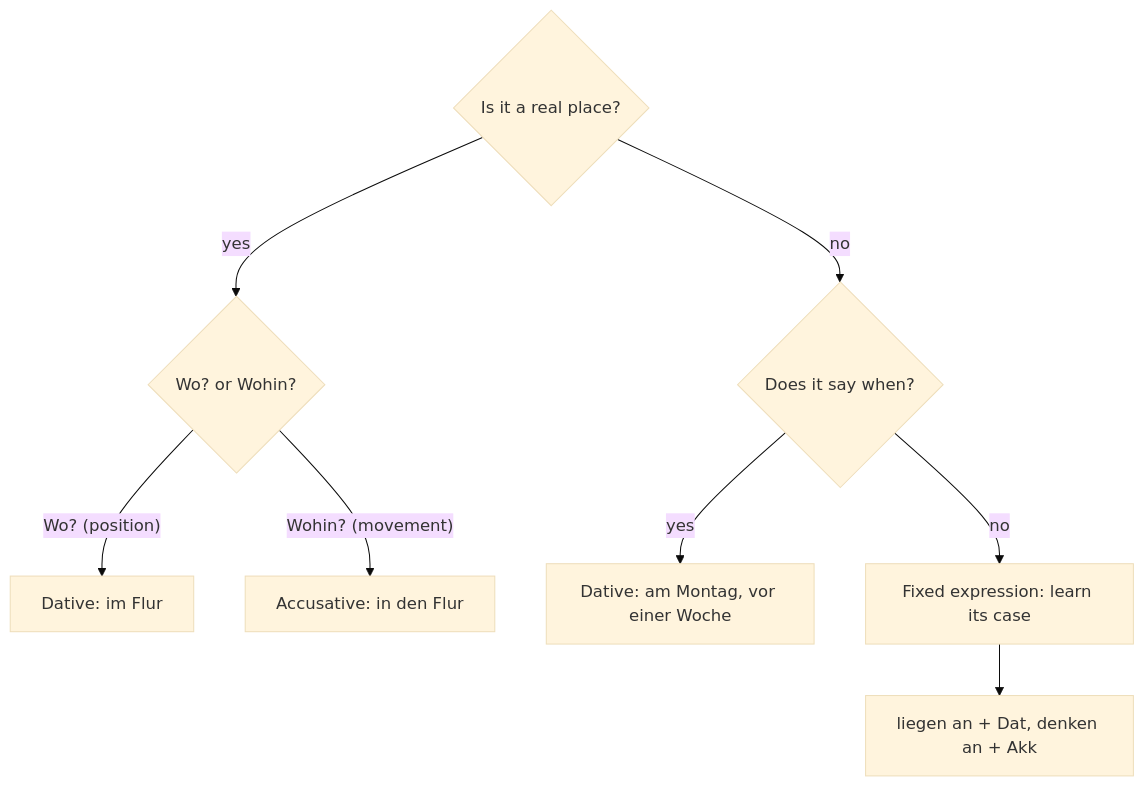
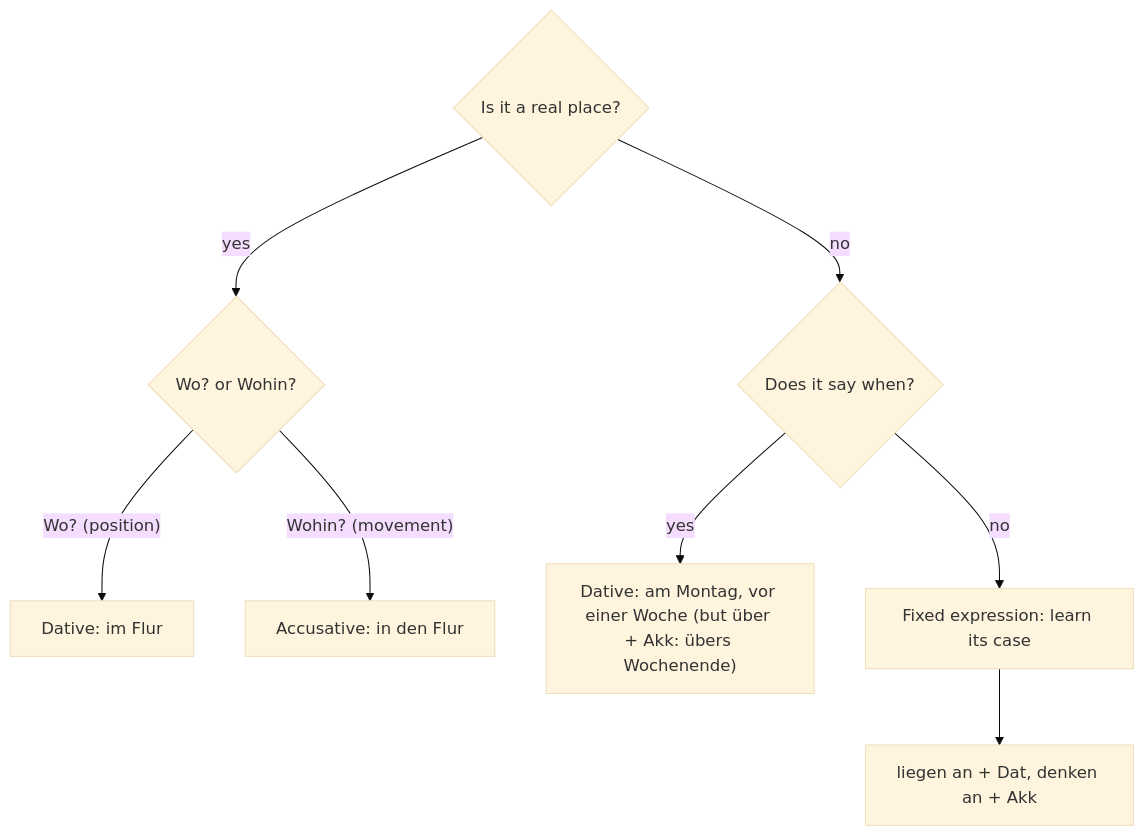
Before and after one commit to Aziliz/erudior: the diagram in content/languages/german-a2/lessons/16h1-figurative-places.md, drawn with Mermaid (base theme). The commit also changed other lines of this file and 33 other files, not shown here.

````diff
--- a/content/languages/german-a2/lessons/16h1-figurative-places.md
+++ b/content/languages/german-a2/lessons/16h1-figurative-places.md
@@ -27,12 +27,12 @@
 ```mermaid
 flowchart TD
   accTitle: Choosing the case after a two-way preposition
-  accDescr: First ask whether the preposition names a real place. If it does, ask Wo or Wohin: a position takes the dative and movement to a new place takes the accusative. If it does not name a place, ask whether it says when something happens: time expressions such as am Montag, im Juli and vor einer Woche take the dative. Otherwise it is a fixed expression, and you learn its case with it, for example liegen an plus dative or denken an plus accusative.
+  accDescr: First ask whether the preposition names a real place. If it does, ask Wo or Wohin: a position takes the dative and movement to a new place takes the accusative. If it does not name a place, ask whether it says when something happens: time expressions such as am Montag, im Juli and vor einer Woche take the dative, except über for a stretch of time, which takes the accusative, as in übers Wochenende. Otherwise it is a fixed expression, and you learn its case with it, for example liegen an plus dative or denken an plus accusative.
   A{"Is it a real place?"} -- yes --> B{"Wo? or Wohin?"}
   B -- "Wo? (position)" --> C["Dative: im Flur"]
   B -- "Wohin? (movement)" --> D["Accusative: in den Flur"]
   A -- no --> E{"Does it say when?"}
-  E -- yes --> F["Dative: am Montag, vor einer Woche"]
+  E -- yes --> F["Dative: am Montag, vor einer Woche (but über + Akk: übers Wochenende)"]
   E -- no --> G["Fixed expression: learn its case"]
   G --> H["liegen an + Dat, denken an + Akk"]
 ```
````
